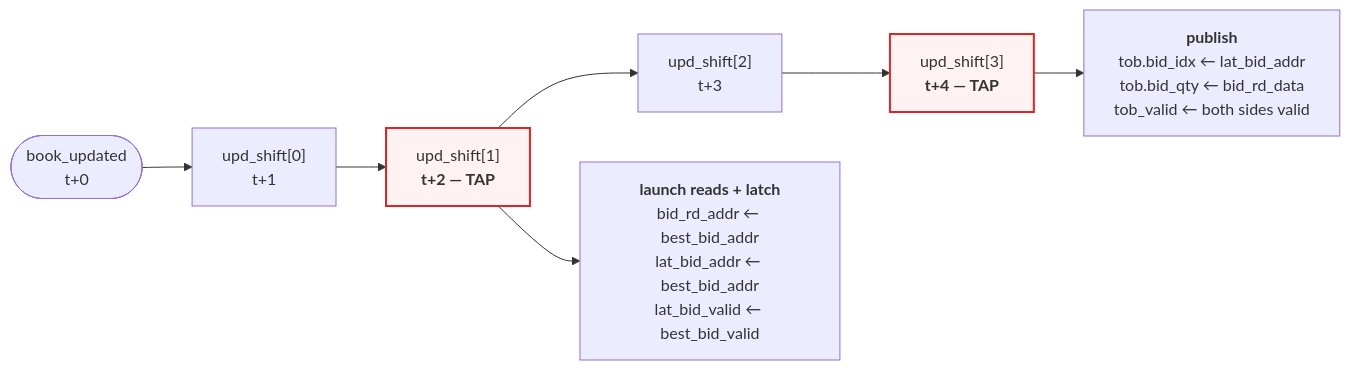
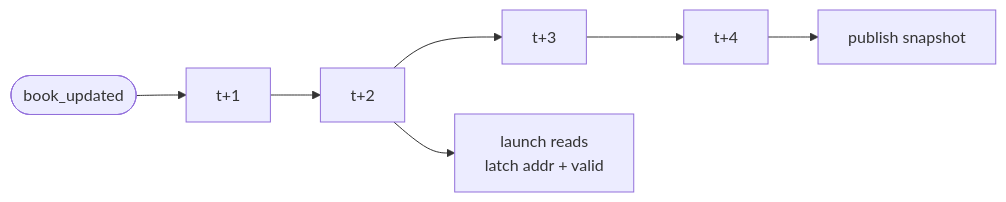
Before and after one commit to Rushmello369/fpga-feed-handler: the first of 5 diagrams in docs/diagrams/tob_tracker.md, drawn with Mermaid. The commit also changed other lines of this file and 12 other files, not shown here.

Commit message:
add diagrams for system and module architectures

````diff
--- a/docs/diagrams/tob_tracker.md
+++ b/docs/diagrams/tob_tracker.md
@@ -14,16 +14,6 @@
 ```mermaid
 flowchart LR
-    BU(["book_updated<br/>t+0"])
-    S0["upd_shift[0]<br/>t+1"]
-    S1["upd_shift[1]<br/><b>t+2 — TAP</b>"]
-    S2["upd_shift[2]<br/>t+3"]
-    S3["upd_shift[3]<br/><b>t+4 — TAP</b>"]
-
-    BU --> S0 --> S1 --> S2 --> S3
-
-    S1 --> LAUNCH["<b>launch reads + latch</b><br/>bid_rd_addr ← best_bid_addr<br/>lat_bid_addr ← best_bid_addr<br/>lat_bid_valid ← best_bid_valid"]
-    S3 --> PUB["<b>publish</b><br/>tob.bid_idx ← lat_bid_addr<br/>tob.bid_qty ← bid_rd_data<br/>tob_valid ← both sides valid"]
-
-    classDef tap fill:#fef2f2,stroke:#dc2626,stroke-width:2px
-    class S1,S3 tap
+    BU([book_updated]) --> S0[t+1] --> S1[t+2] --> S2[t+3] --> S3[t+4]
+    S1 --> LAUNCH[launch reads<br/>latch addr + valid]
+    S3 --> PUB[publish snapshot]
 ```
````
